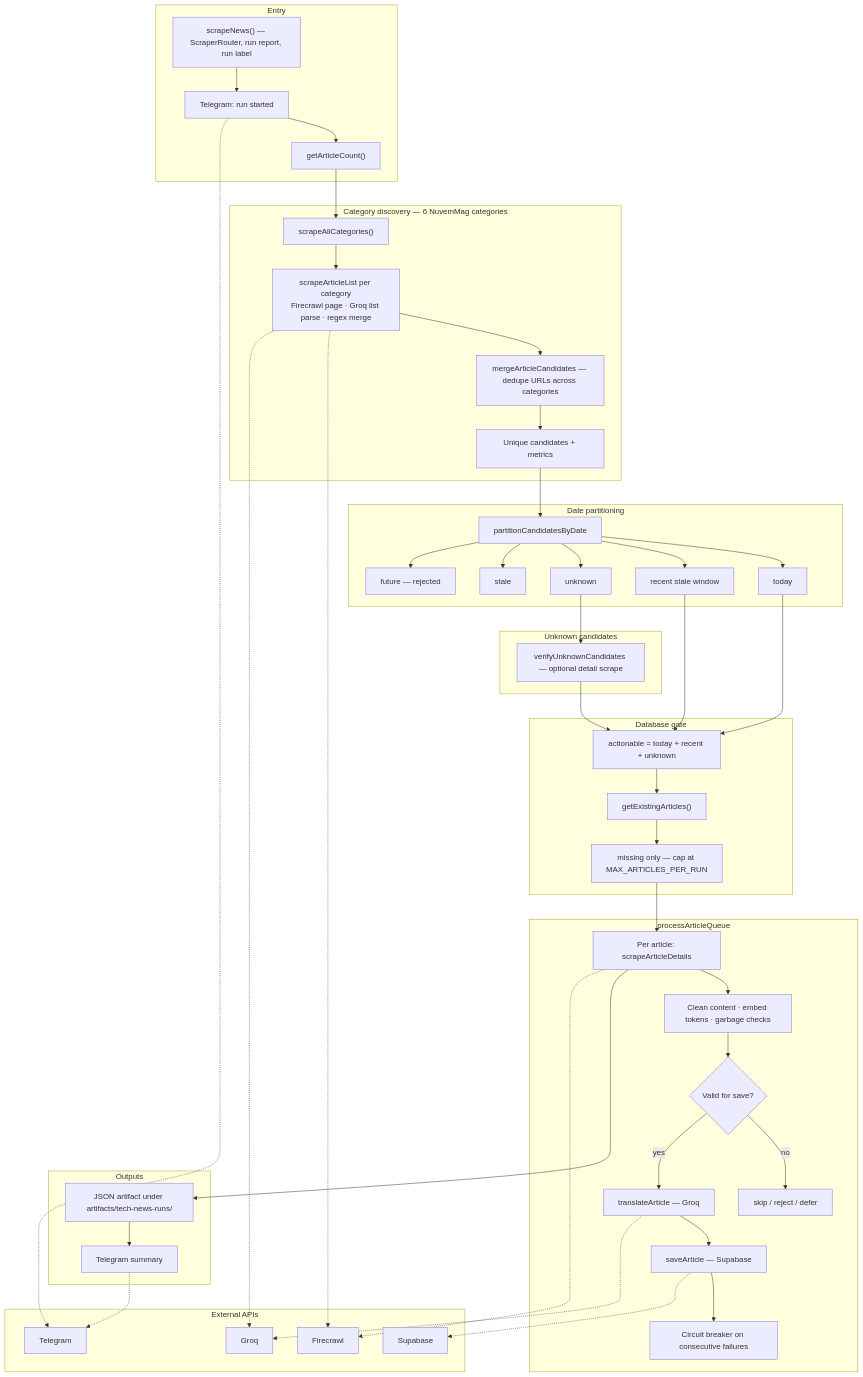
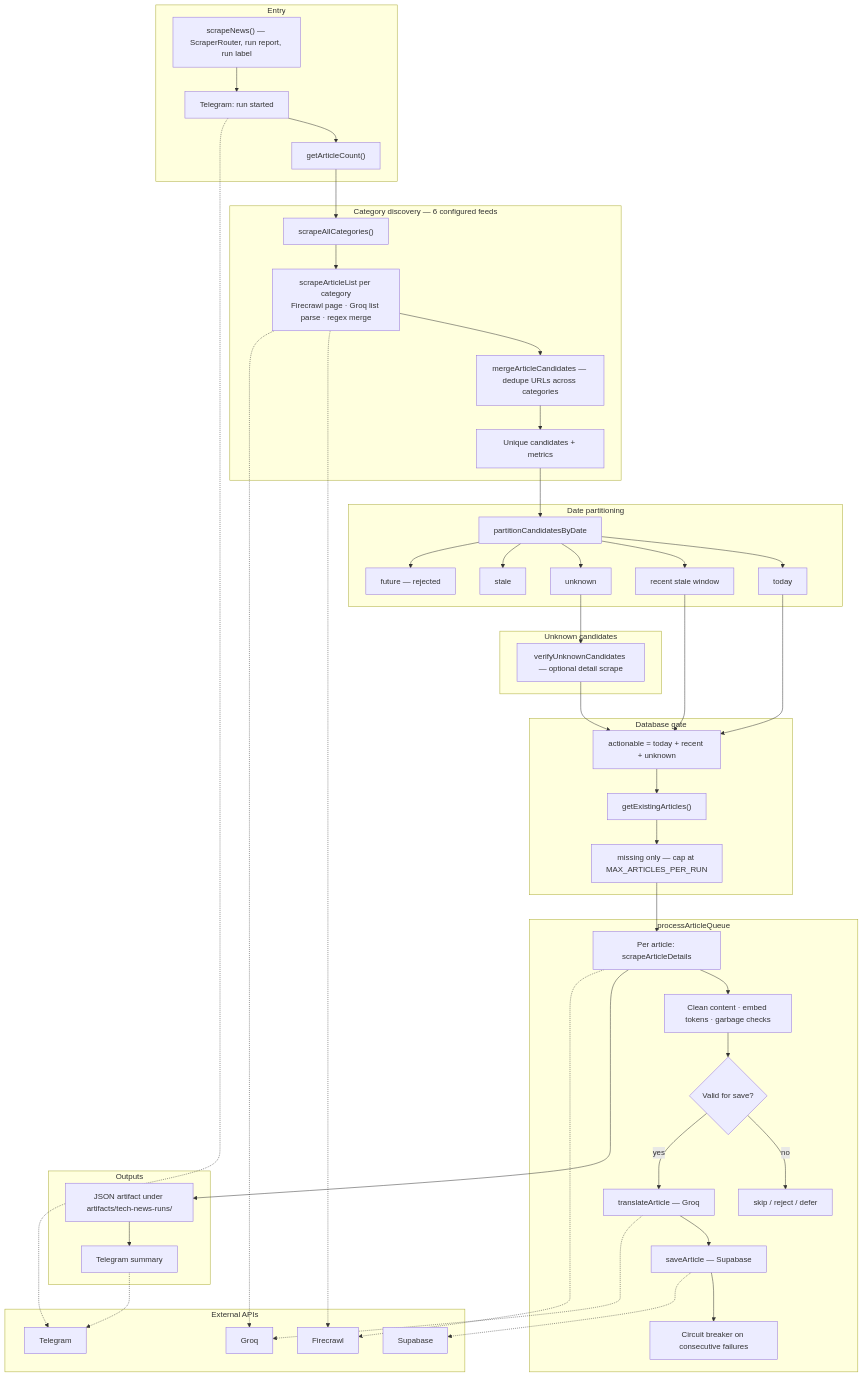
One commit to CemRoot/My-Site changed the second of 2 diagrams in README.md. Above: the diagram before and after it, drawn with Mermaid. The commit also changed other lines of this file and 27 other files, not shown here.

````diff
--- a/README.md
+++ b/README.md
@@ -405,79 +409,79 @@
 ```mermaid
 flowchart TB
   subgraph entry["Entry"]
     A["scrapeNews() — ScraperRouter, run report, run label"]
     A --> B["Telegram: run started"]
     B --> C["getArticleCount()"]
   end
 
-  subgraph list["Category discovery — 6 NuvemMag categories"]
+  subgraph list["Category discovery — 6 configured feeds"]
     D["scrapeAllCategories()"]
     D --> D1["scrapeArticleList per category\nFirecrawl page · Groq list parse · regex merge"]
     D1 --> D2["mergeArticleCandidates — dedupe URLs across categories"]
     D2 --> E["Unique candidates + metrics"]
   end
 
   C --> D
 
   subgraph dates["Date partitioning"]
     F["partitionCandidatesByDate"]
     F --> P1["today"]
     F --> P2["recent stale window"]
     F --> P3["unknown"]
     F --> P4["stale"]
     F --> P5["future — rejected"]
   end
 
   E --> F
 
   subgraph unk["Unknown candidates"]
     VU["verifyUnknownCandidates — optional detail scrape"]
   end
 
   P3 --> VU
 
   subgraph db["Database gate"]
     G["actionable = today + recent + unknown"]
     G --> H["getExistingArticles()"]
     H --> I["missing only — cap at MAX_ARTICLES_PER_RUN"]
   end
 
   P1 --> G
   P2 --> G
   VU --> G
 
   subgraph queue["processArticleQueue"]
     J["Per article: scrapeArticleDetails"]
     J --> K["Clean content · embed tokens · garbage checks"]
     K --> L{"Valid for save?"}
     L -->|no| M["skip / reject / defer"]
     L -->|yes| N["translateArticle — Groq"]
     N --> O["saveArticle — Supabase"]
     O --> P["Circuit breaker on consecutive failures"]
   end
 
   I --> J
 
   subgraph out["Outputs"]
     R1["JSON artifact under artifacts/tech-news-runs/"]
     R2["Telegram summary"]
     R1 --> R2
   end
 
   J --> R1
 
   subgraph ext["External APIs"]
     FC["Firecrawl"]
     GQ["Groq"]
     SB["Supabase"]
     TG["Telegram"]
   end
 
   D1 -.-> FC
   D1 -.-> GQ
   J -.-> FC
   N -.-> GQ
   O -.-> SB
   B -.-> TG
   R2 -.-> TG
 ```
````
